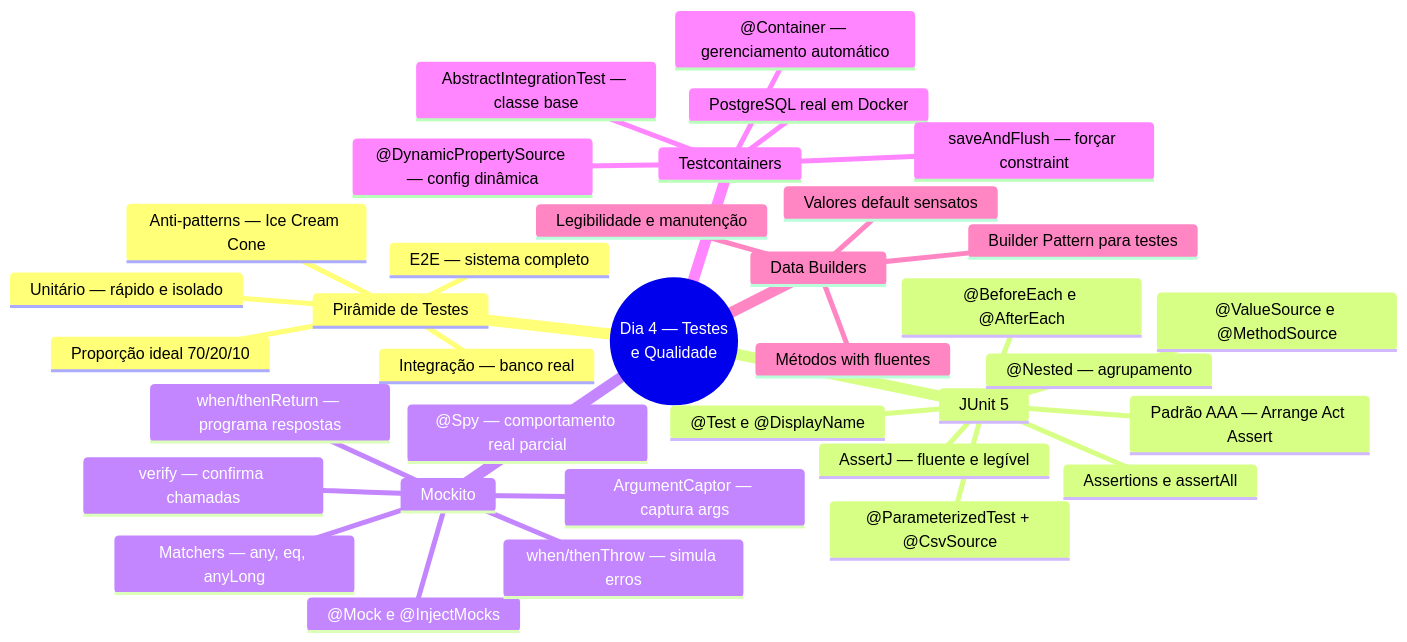
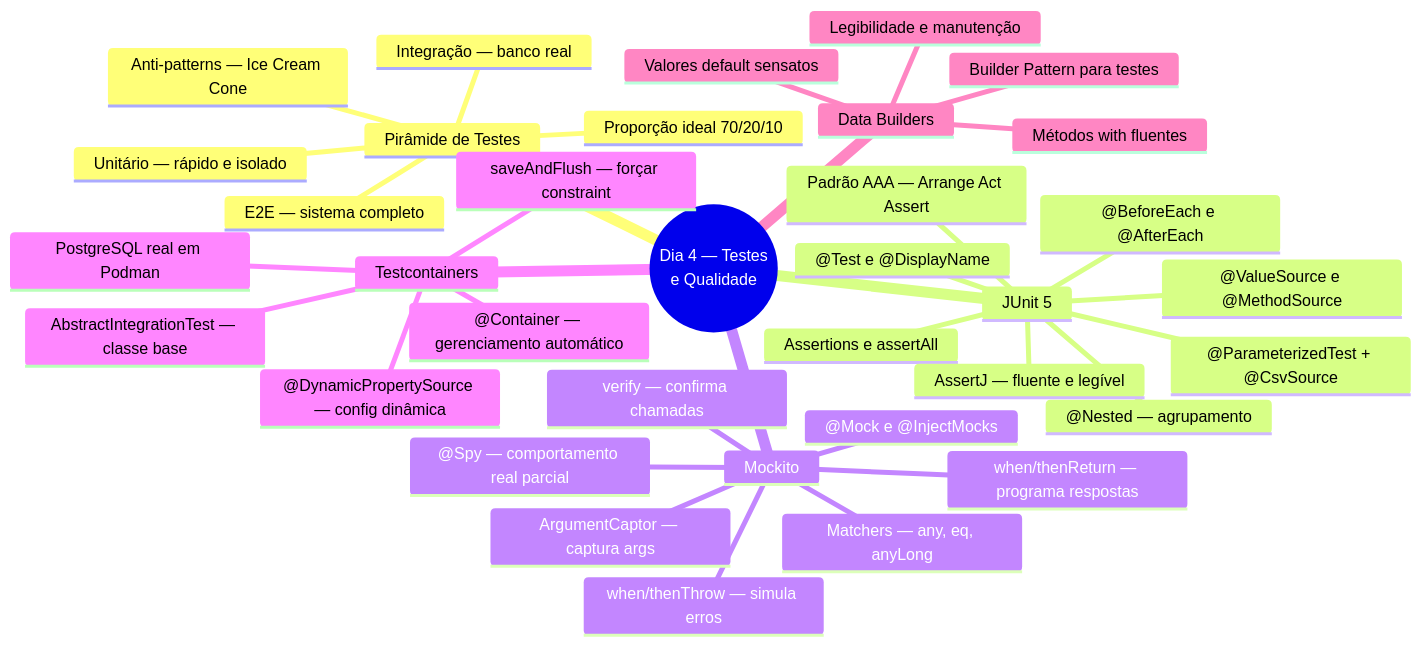
Before and after one commit to deusemarjunior/trein-java-intermed: the second of 7 diagrams in dia-04/slide-01.md, drawn with Mermaid. The commit also changed other lines of this file and 100 other files, not shown here.

Commit message:
removendo docker adicionando podman

````diff
--- a/dia-04/slide-01.md
+++ b/dia-04/slide-01.md
@@ -65,38 +65,38 @@
 ```mermaid
 mindmap
   root((Dia 4 — Testes<br/>e Qualidade))
     Pirâmide de Testes
       Unitário — rápido e isolado
       Integração — banco real
       E2E — sistema completo
       Proporção ideal 70/20/10
       Anti-patterns — Ice Cream Cone
     JUnit 5
       Padrão AAA — Arrange Act Assert
       @Test e @DisplayName
       @BeforeEach e @AfterEach
       @Nested — agrupamento
       @ParameterizedTest + @CsvSource
       @ValueSource e @MethodSource
       Assertions e assertAll
       AssertJ — fluente e legível
     Mockito
       @Mock e @InjectMocks
       when/thenReturn — programa respostas
       when/thenThrow — simula erros
       verify — confirma chamadas
       ArgumentCaptor — captura args
       @Spy — comportamento real parcial
       Matchers — any, eq, anyLong
     Testcontainers
-      PostgreSQL real em Docker
+      PostgreSQL real em Podman
       @Container — gerenciamento automático
       @DynamicPropertySource — config dinâmica
       AbstractIntegrationTest — classe base
       saveAndFlush — forçar constraint
     Data Builders
       Builder Pattern para testes
       Valores default sensatos
       Métodos with fluentes
       Legibilidade e manutenção
 ```
````
